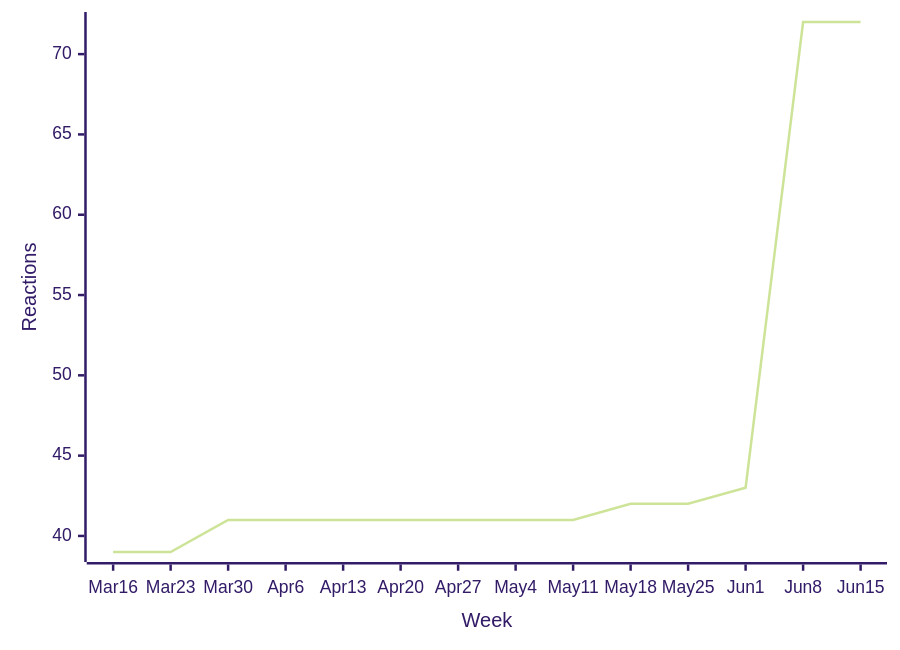
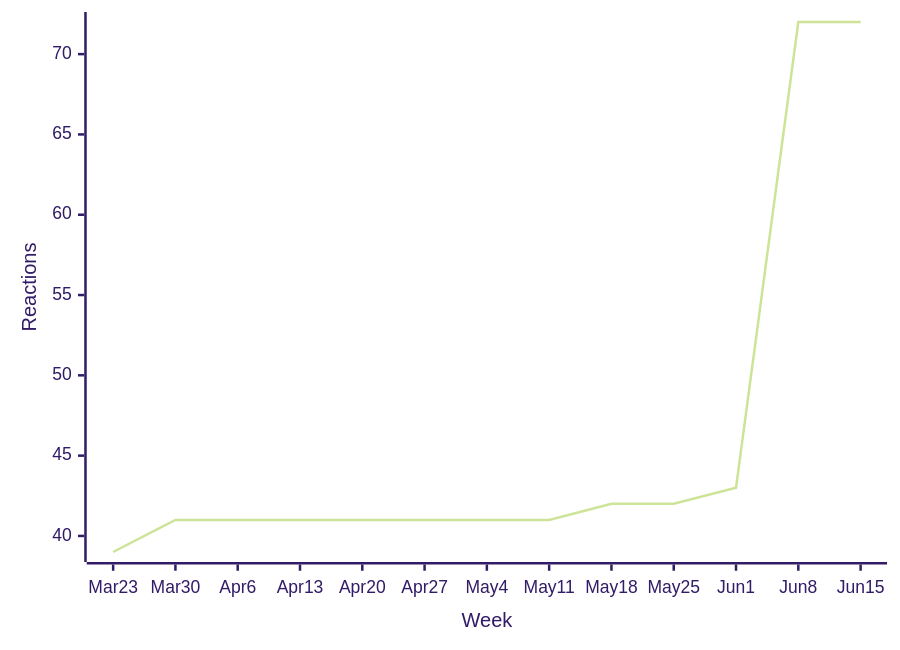
The third of 49 diagrams in README.md (loic-sharma/github-insights), drawn with Mermaid (forest theme) before and after one commit. The commit also changed other lines of this file and 3 other files, not shown here.

````diff
--- a/README.md
+++ b/README.md
@@ -373,6 +373,6 @@
   ```mermaid
   xychart-beta
-    x-axis "Week" [Mar 16, Mar 23, Mar 30, Apr 6, Apr 13, Apr 20, Apr 27, May 4, May 11, May 18, May 25, Jun 1, Jun 8, Jun 15]
+    x-axis "Week" [Mar 23, Mar 30, Apr 6, Apr 13, Apr 20, Apr 27, May 4, May 11, May 18, May 25, Jun 1, Jun 8, Jun 15]
     y-axis "Reactions"
-    line [39, 39, 41, 41, 41, 41, 41, 41, 41, 42, 42, 43, 72, 72]
+    line [39, 41, 41, 41, 41, 41, 41, 41, 42, 42, 43, 72, 72]
   ```
````
